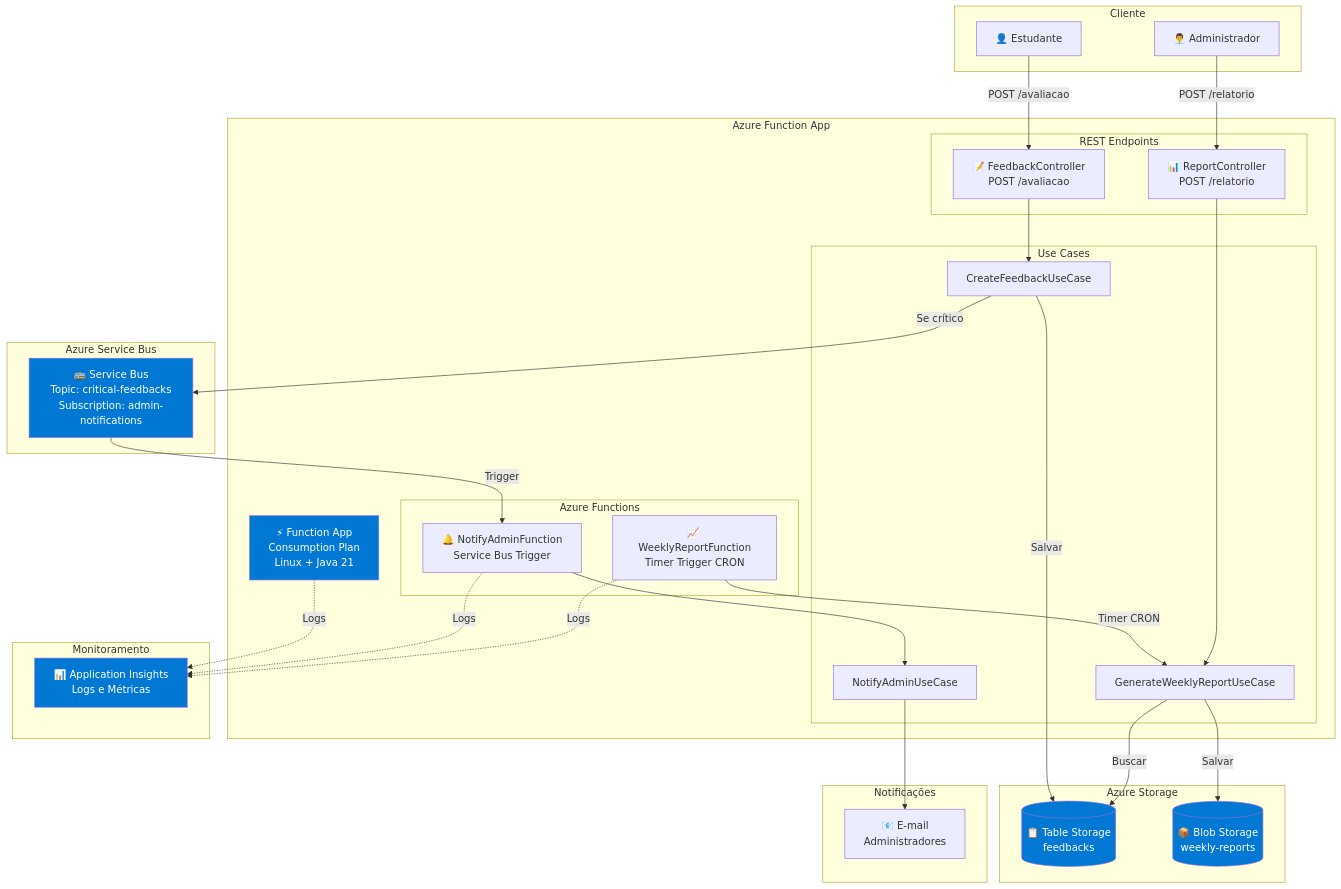
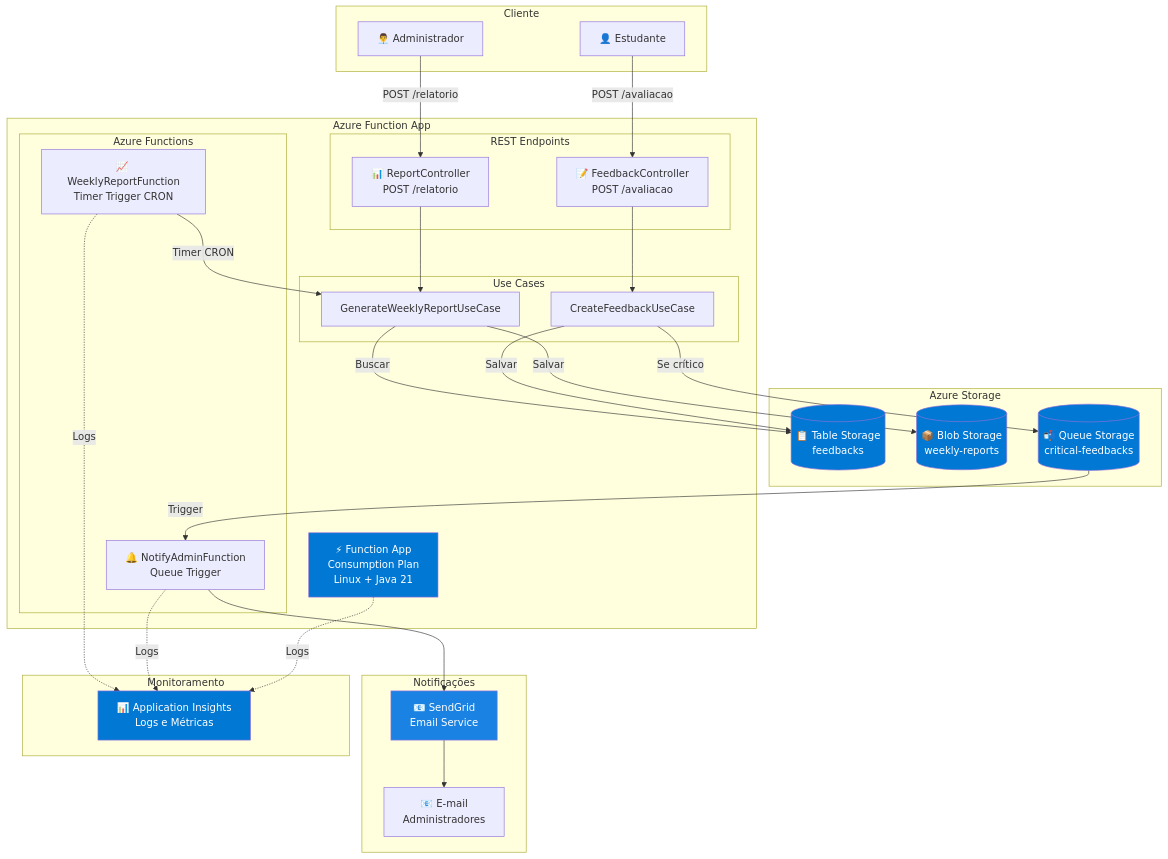
The first of 9 diagrams in README.md (luizffdemoraes/feedback-sync), drawn with Mermaid before and after one commit. The commit also changed other lines of this file and 30 other files, not shown here.

````diff
--- a/README.md
+++ b/README.md
@@ -295,70 +290,67 @@
 ```mermaid
 graph TB
     subgraph "Cliente"
         Estudante[👤 Estudante]
         Admin[👨‍💼 Administrador]
     end
 
     subgraph "Azure Function App"
         FuncApp[⚡ Function App<br/>Consumption Plan<br/>Linux + Java 21]
         
         subgraph "REST Endpoints"
             FeedbackCtrl[📝 FeedbackController<br/>POST /avaliacao]
             ReportCtrl[📊 ReportController<br/>POST /relatorio]
         end
         
         subgraph "Azure Functions"
-            NotifyFunc[🔔 NotifyAdminFunction<br/>Service Bus Trigger]
+            NotifyFunc[🔔 NotifyAdminFunction<br/>Queue Trigger]
             WeeklyFunc[📈 WeeklyReportFunction<br/>Timer Trigger CRON]
         end
         
         subgraph "Use Cases"
             CreateUC[CreateFeedbackUseCase]
-            NotifyUC[NotifyAdminUseCase]
             ReportUC[GenerateWeeklyReportUseCase]
         end
     end
 
     subgraph "Azure Storage"
         TableStorage[(📋 Table Storage<br/>feedbacks)]
         BlobStorage[(📦 Blob Storage<br/>weekly-reports)]
+        QueueStorage[(📬 Queue Storage<br/>critical-feedbacks)]
     end
 
-    subgraph "Azure Service Bus"
-        ServiceBus[🚌 Service Bus<br/>Topic: critical-feedbacks<br/>Subscription: admin-notifications]
+    subgraph "Notificações"
+        SendGrid[📧 SendGrid<br/>Email Service]
+        Email[📧 E-mail<br/>Administradores]
     end
 
     subgraph "Monitoramento"
         AppInsights[📊 Application Insights<br/>Logs e Métricas]
     end
 
-    subgraph "Notificações"
-        Email[📧 E-mail<br/>Administradores]
-    end
-
     Estudante -->|POST /avaliacao| FeedbackCtrl
     FeedbackCtrl --> CreateUC
     CreateUC -->|Salvar| TableStorage
-    CreateUC -->|Se crítico| ServiceBus
-    
-    ServiceBus -->|Trigger| NotifyFunc
-    NotifyFunc --> NotifyUC
-    NotifyUC --> Email
+    CreateUC -->|Se crítico| QueueStorage
+    QueueStorage -->|Trigger| NotifyFunc
+    NotifyFunc --> SendGrid
+    SendGrid --> Email
     
     WeeklyFunc -->|Timer CRON| ReportUC
     ReportUC -->|Buscar| TableStorage
     ReportUC -->|Salvar| BlobStorage
     
     Admin -->|POST /relatorio| ReportCtrl
     ReportCtrl --> ReportUC
     
     FuncApp -.->|Logs| AppInsights
     NotifyFunc -.->|Logs| AppInsights
     WeeklyFunc -.->|Logs| AppInsights
 
     style FuncApp fill:#0078D4,color:#fff
     style TableStorage fill:#0078D4,color:#fff
     style BlobStorage fill:#0078D4,color:#fff
-    style ServiceBus fill:#0078D4,color:#fff
+    style QueueStorage fill:#0078D4,color:#fff
+    style SendGrid fill:#1A82E2,color:#fff
     style AppInsights fill:#0078D4,color:#fff
 ```
````
